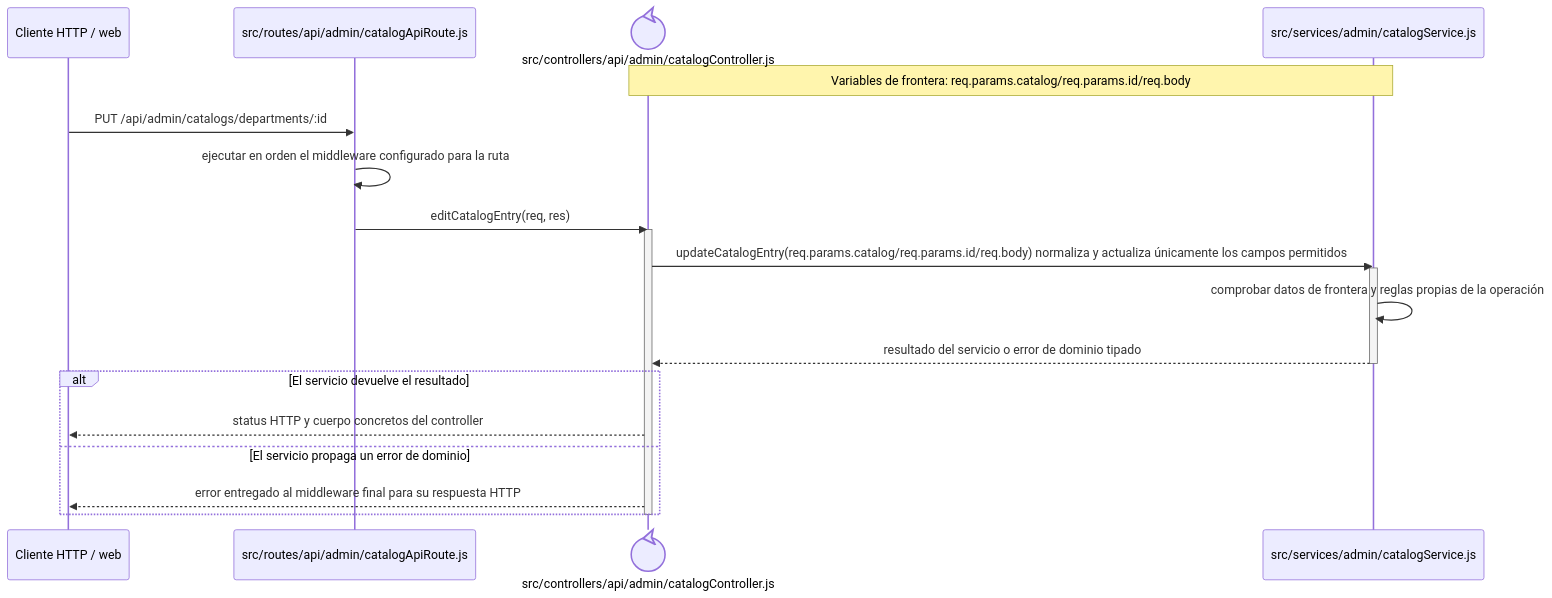
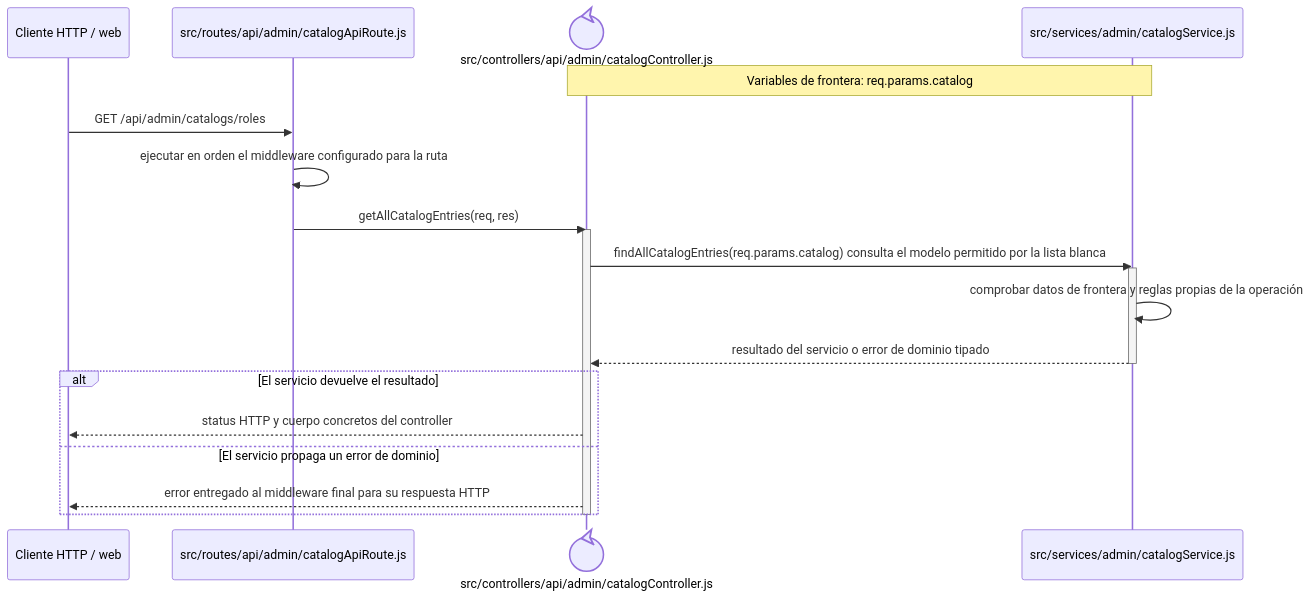
Before and after one commit to gpgsistemas01/nexus: the diagram in docs/architecture/backend-code-sequences/catalogs/cu-cat-12.md, drawn with Mermaid. The commit also changed other lines of this file and 167 other files, not shown here.

````diff
--- a/docs/architecture/backend-code-sequences/catalogs/cu-cat-12.md
+++ b/docs/architecture/backend-code-sequences/catalogs/cu-cat-12.md
@@ -6,24 +6,24 @@
 ```mermaid
 sequenceDiagram
     participant Client as Cliente HTTP / web
     participant Route as src/routes/api/admin/catalogApiRoute.js
     participant Controller@{ "type": "control" } as src/controllers/api/admin/catalogController.js
     participant Domain as src/services/admin/catalogService.js
-    Note over Controller,Domain: Variables de frontera: req.params.catalog/req.params.id/req.body
+    Note over Controller,Domain: Variables de frontera: req.params.catalog
 
-    Client->>Route: PUT /api/admin/catalogs/departments/:id
+    Client->>Route: GET /api/admin/catalogs/roles
     Route->>Route: ejecutar en orden el middleware configurado para la ruta
-    Route->>Controller: editCatalogEntry(req, res)
+    Route->>Controller: getAllCatalogEntries(req, res)
     activate Controller
-    Controller->>Domain: updateCatalogEntry(req.params.catalog/req.params.id/req.body) normaliza y actualiza únicamente los campos permitidos
+    Controller->>Domain: findAllCatalogEntries(req.params.catalog) consulta el modelo permitido por la lista blanca
     activate Domain
     Domain->>Domain: comprobar datos de frontera y reglas propias de la operación
     Domain-->>Controller: resultado del servicio o error de dominio tipado
     deactivate Domain
     alt El servicio devuelve el resultado
         Controller-->>Client: status HTTP y cuerpo concretos del controller
     else El servicio propaga un error de dominio
         Controller-->>Client: error entregado al middleware final para su respuesta HTTP
     end
     deactivate Controller
 ```
````
